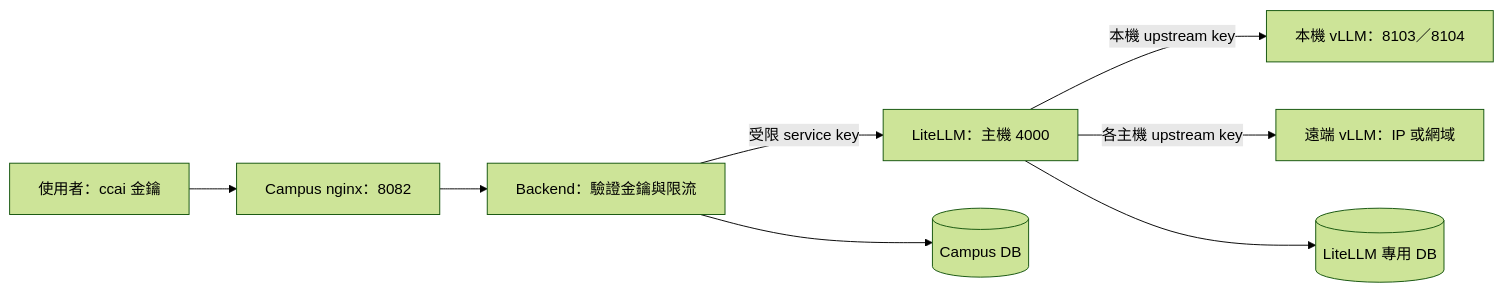
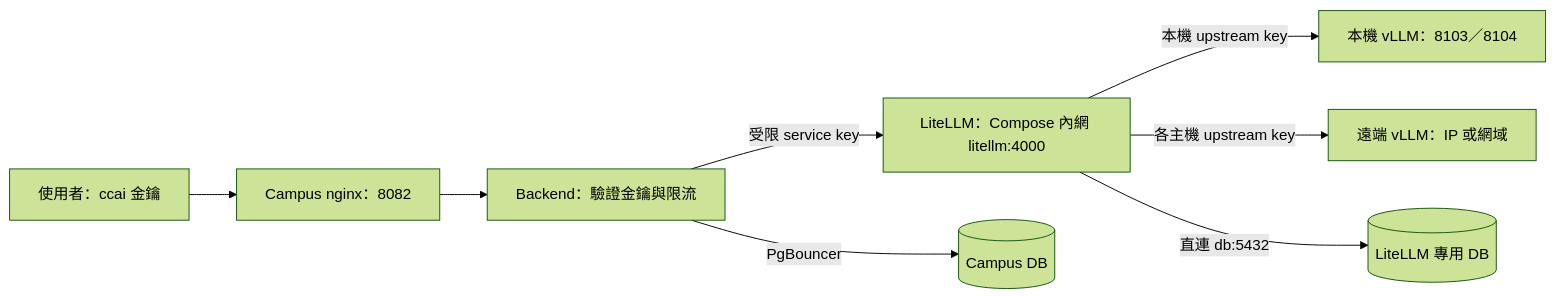
One commit to 11156023/SkyLab changed the diagram in docs/ai-api-user-manual.md. Above: the diagram before and after it, drawn with Mermaid (forest theme). The commit also changed other lines of this file and 13 other files, not shown here.

First line of the commit message:
feat(ai-gateway): LiteLLM 改接 Compose 內網並自動建 DB／核發 service key

````diff
--- a/docs/ai-api-user-manual.md
+++ b/docs/ai-api-user-manual.md
@@ -9,10 +9,10 @@
 ```mermaid
 flowchart LR
     U[使用者：ccai 金鑰] --> N[Campus nginx：8082]
     N --> B[Backend：驗證金鑰與限流]
-    B -->|受限 service key| L[LiteLLM：主機 4000]
+    B -->|受限 service key| L[LiteLLM：Compose 內網 litellm:4000]
     L -->|本機 upstream key| V[本機 vLLM：8103／8104]
     L -->|各主機 upstream key| R[遠端 vLLM：IP 或網域]
-    B --> C[(Campus DB)]
-    L --> D[(LiteLLM 專用 DB)]
+    B -->|PgBouncer| C[(Campus DB)]
+    L -->|直連 db:5432| D[(LiteLLM 專用 DB)]
 ```
````
